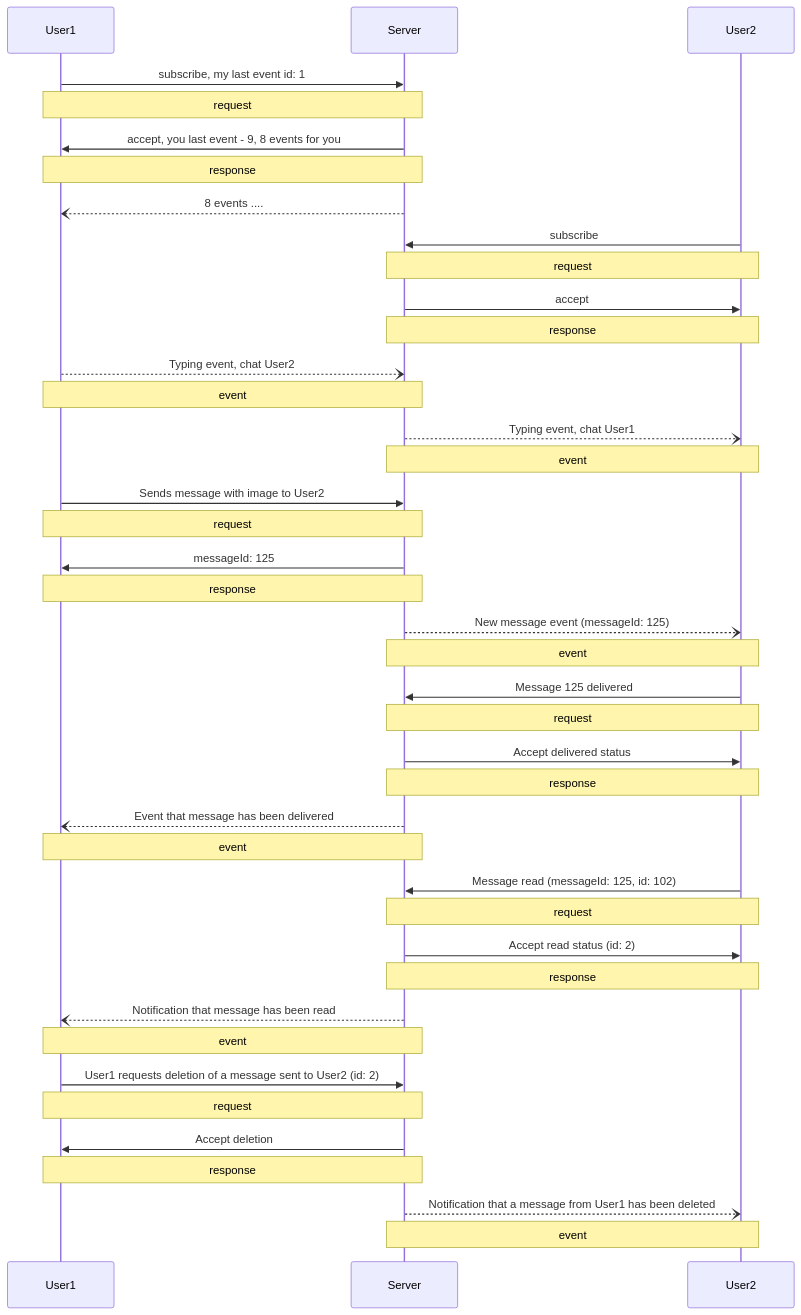
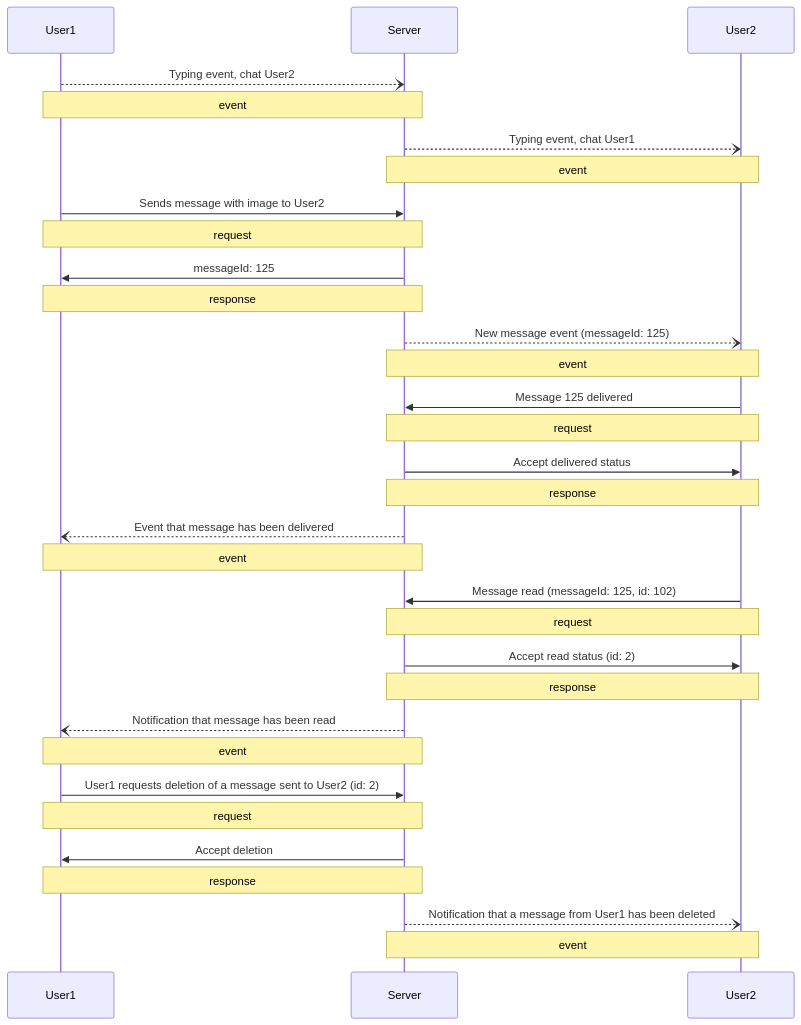
Before and after one commit to k2fintech-gmbh/docs: the diagram in src/examples.md, drawn with Mermaid. The commit also changed other lines of this file and 19 other files, not shown here.

````diff
--- a/src/examples.md
+++ b/src/examples.md
@@ -7,57 +7,45 @@
 ```mermaid
 sequenceDiagram
     participant User1
     participant Server
     participant User2
 
-    User1->>Server: subscribe, my last event id: 1
-    Note over User1,Server: request
-
-    Server->>User1: accept, you last event - 9, 8 events for you
-    Note over  Server,User1: response
-    
-    Server--)User1: 8 events ....
     
 
-    User2->>Server: subscribe
-    Note over User2,Server: request
-
-    Server->>User2: accept
-    Note over  Server,User2: response
         
     User1--)Server: Typing event, chat User2
     Note over User1,Server: event
 
     Server--)User2: Typing event, chat User1
     Note over  Server,User2: event
     
     User1->>Server: Sends message with image to User2
     Note over User1,Server: request
     Server->>User1: messageId: 125
     Note over  Server,User1: response
     Server--)User2: New message event (messageId: 125)
     Note over  Server,User2: event
     
     User2->>Server: Message 125 delivered
     Note over  User2,Server: request
     Server->>User2: Accept delivered status
     Note over  Server,User2: response
     
     Server--)User1: Event that message has been delivered
     Note over  Server,User1: event
     
     User2->>Server: Message read (messageId: 125, id: 102)
     Note over User2,Server: request
     Server->>User2: Accept read status (id: 2)
     Note over  Server,User2: response
     Server--)User1: Notification that message has been read
     Note over  Server,User1: event
     
     User1->>Server: User1 requests deletion of a message sent to User2 (id: 2)
     Note over User1,Server: request
     
     Server->>User1: Accept deletion
     Note over Server,User1: response
     Server--)User2: Notification that a message from User1 has been deleted
     Note over  Server,User2: event
 ```
````
